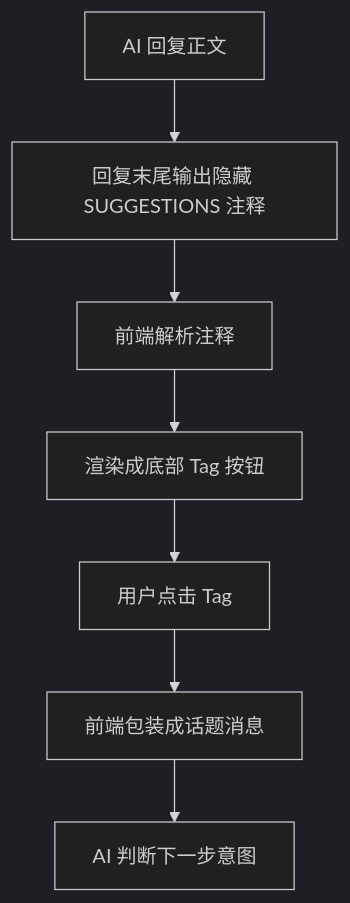
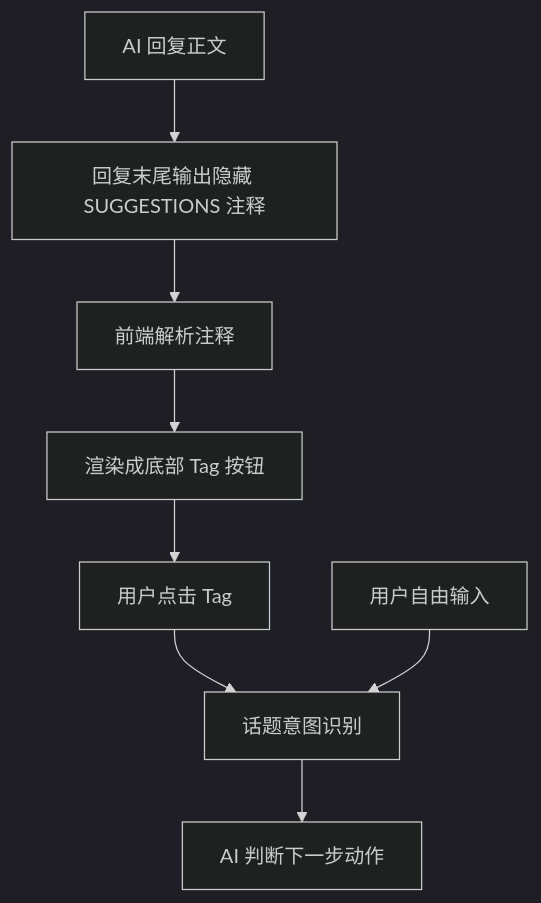
Before and after one commit to lumia-zhu/adhdplanner_windows: the second of 2 diagrams in docs/reflection-ai-flow-and-tag-logic.md, drawn with Mermaid (dark theme). The commit also changed other lines of this file and 2 other files, not shown here.

````diff
--- a/docs/reflection-ai-flow-and-tag-logic.md
+++ b/docs/reflection-ai-flow-and-tag-logic.md
@@ -207,9 +218,10 @@
 ```mermaid
 flowchart TD
   aiReply["AI 回复正文"] --> hiddenSuggestions["回复末尾输出隐藏 SUGGESTIONS 注释"]
   hiddenSuggestions --> frontendParse["前端解析注释"]
   frontendParse --> renderButtons["渲染成底部 Tag 按钮"]
   renderButtons --> userSelects["用户点击 Tag"]
-  userSelects --> wrapMessage["前端包装成话题消息"]
-  wrapMessage --> aiNextIntent["AI 判断下一步意图"]
+  userSelects --> topicIntent["话题意图识别"]
+  userInput["用户自由输入"] --> topicIntent
+  topicIntent --> aiNextIntent["AI 判断下一步动作"]
 ```
````
